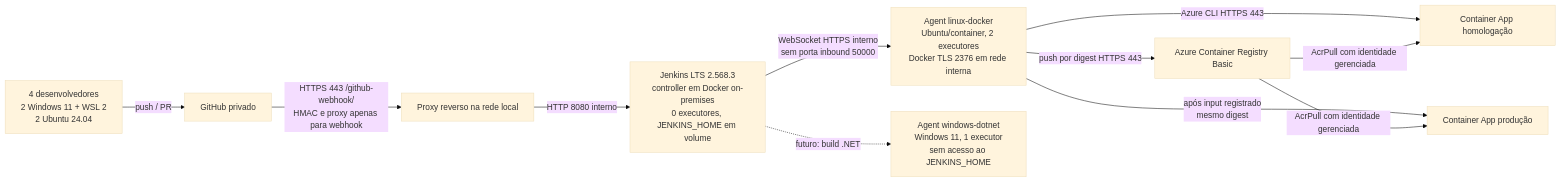
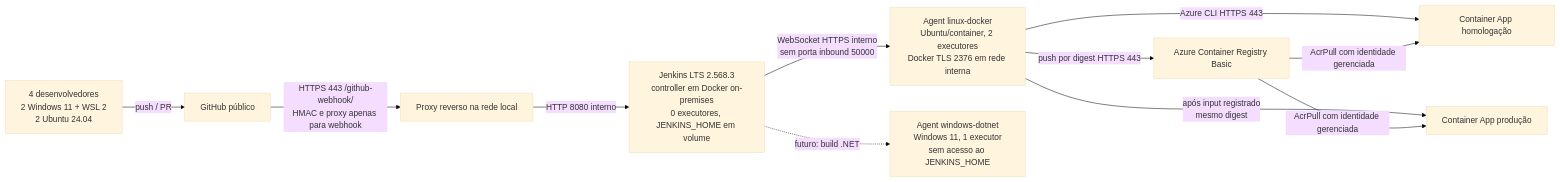
The diagram in docs/E1-arquitetura.md (DaviSouza78/carparts-jenkins-aula06), drawn with Mermaid (base theme) before and after one commit. The commit also changed 1 other file, not shown here.

Commit message:
Atualizar arquitetura e evidência E5 real

````diff
--- a/docs/E1-arquitetura.md
+++ b/docs/E1-arquitetura.md
@@ -3,13 +3,13 @@
 ```mermaid
 flowchart LR
-  DEV[4 desenvolvedores\n2 Windows 11 + WSL 2\n2 Ubuntu 24.04] -->|push / PR| GH[GitHub privado]
+  DEV[4 desenvolvedores\n2 Windows 11 + WSL 2\n2 Ubuntu 24.04] -->|push / PR| GH[GitHub público]
   GH -->|HTTPS 443 /github-webhook/\nHMAC e proxy apenas para webhook| PROXY[Proxy reverso na rede local]
   PROXY -->|HTTP 8080 interno| CTRL[Jenkins LTS 2.568.3\ncontroller em Docker on-premises\n0 executores, JENKINS_HOME em volume]
   CTRL -->|WebSocket HTTPS interno\nsem porta inbound 50000| LINUX[Agent linux-docker\nUbuntu/container, 2 executores\nDocker TLS 2376 em rede interna]
   CTRL -.->|futuro: build .NET| WIN[Agent windows-dotnet\nWindows 11, 1 executor\nsem acesso ao JENKINS_HOME]
   LINUX -->|push por digest HTTPS 443| ACR[Azure Container Registry Basic]
   LINUX -->|Azure CLI HTTPS 443| HML[Container App homologação]
   LINUX -->|após input registrado\nmesmo digest| PRD[Container App produção]
   ACR -->|AcrPull com identidade gerenciada| HML
   ACR -->|AcrPull com identidade gerenciada| PRD
 ```
````
